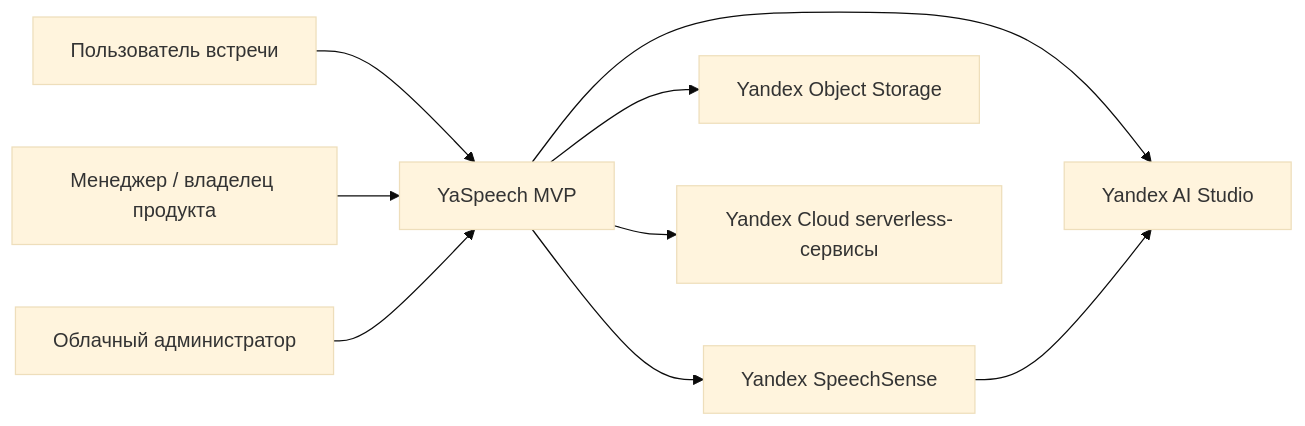
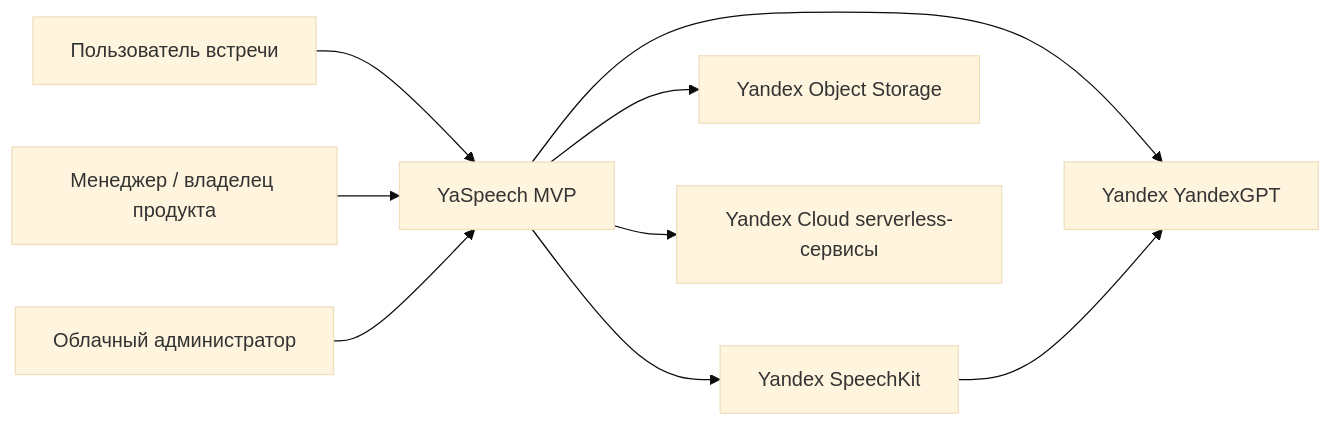
Before and after one commit to Gumbatali/YaSpeech-Public: the diagram in docs/project-handbook/03-solution-architecture/c4-context.md, drawn with Mermaid (base theme). The commit also changed 40 other files, not shown here.

````diff
--- a/docs/project-handbook/03-solution-architecture/c4-context.md
+++ b/docs/project-handbook/03-solution-architecture/c4-context.md
@@ -5,13 +5,13 @@
 ```mermaid
 flowchart LR
   User["Пользователь встречи"] --> System["YaSpeech MVP"]
   Manager["Менеджер / владелец продукта"] --> System
   Admin["Облачный администратор"] --> System
 
-  System --> SpeechSense["Yandex SpeechSense"]
-  System --> AIStudio["Yandex AI Studio"]
+  System --> SpeechKit["Yandex SpeechKit"]
+  System --> AIStudio["Yandex YandexGPT"]
   System --> ObjectStorage["Yandex Object Storage"]
   System --> CloudServices["Yandex Cloud serverless-сервисы"]
 
-  SpeechSense --> AIStudio
+  SpeechKit --> AIStudio
 ```
````
